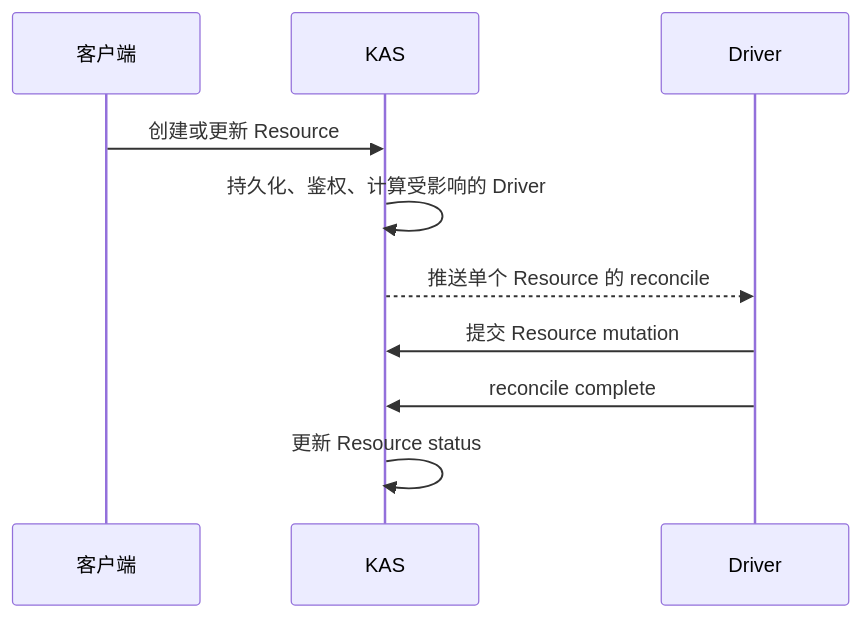
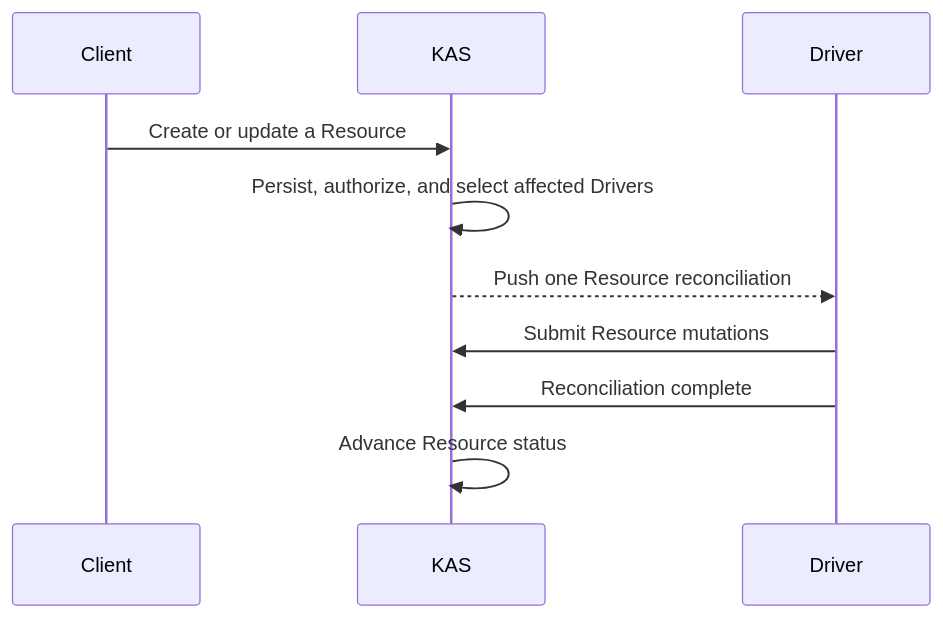
One commit to kdxcxs/kas changed the third of 3 diagrams in README.md. Above: the diagram before and after it, drawn with Mermaid. The commit also changed other lines of this file and 5 other files, not shown here.

````diff
--- a/README.md
+++ b/README.md
@@ -103,13 +113,13 @@
 ```mermaid
 sequenceDiagram
-    participant Client as 客户端
-    participant KAS as KAS
-    participant Driver as Driver
+    participant Client
+    participant KAS
+    participant Driver
 
-    Client->>KAS: 创建或更新 Resource
-    KAS->>KAS: 持久化、鉴权、计算受影响的 Driver
-    KAS-->>Driver: 推送单个 Resource 的 reconcile
-    Driver->>KAS: 提交 Resource mutation
-    Driver->>KAS: reconcile complete
-    KAS->>KAS: 更新 Resource status
+    Client->>KAS: Create or update a Resource
+    KAS->>KAS: Persist, authorize, and select affected Drivers
+    KAS-->>Driver: Push one Resource reconciliation
+    Driver->>KAS: Submit Resource mutations
+    Driver->>KAS: Reconciliation complete
+    KAS->>KAS: Advance Resource status
 ```
````
